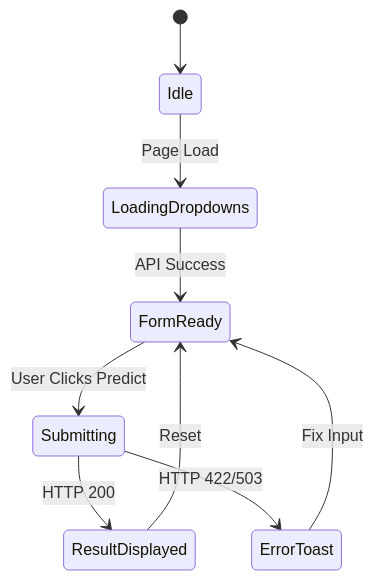
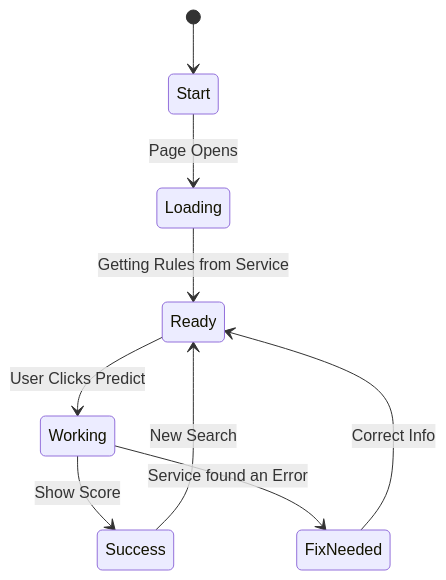
The diagram in frontend/README.md (iammohith/MLOps-System-for-Clinical-Treatment-Outcome-Prediction), drawn with Mermaid before and after one commit. The commit also changed other lines of this file and 9 other files, not shown here.

````diff
--- a/frontend/README.md
+++ b/frontend/README.md
@@ -25,11 +24,11 @@
 ```mermaid
 stateDiagram-v2
-    [*] --> Idle
-    Idle --> LoadingDropdowns: Page Load
-    LoadingDropdowns --> FormReady: API Success
-    FormReady --> Submitting: User Clicks Predict
-    Submitting --> ResultDisplayed: HTTP 200
-    Submitting --> ErrorToast: HTTP 422/503
-    ResultDisplayed --> FormReady: Reset
-    ErrorToast --> FormReady: Fix Input
+    [*] --> Start
+    Start --> Loading: Page Opens
+    Loading --> Ready: Getting Rules from Service
+    Ready --> Working: User Clicks Predict
+    Working --> Success: Show Score
+    Working --> FixNeeded: Service found an Error
+    Success --> Ready: New Search
+    FixNeeded --> Ready: Correct Info
 ```
````
